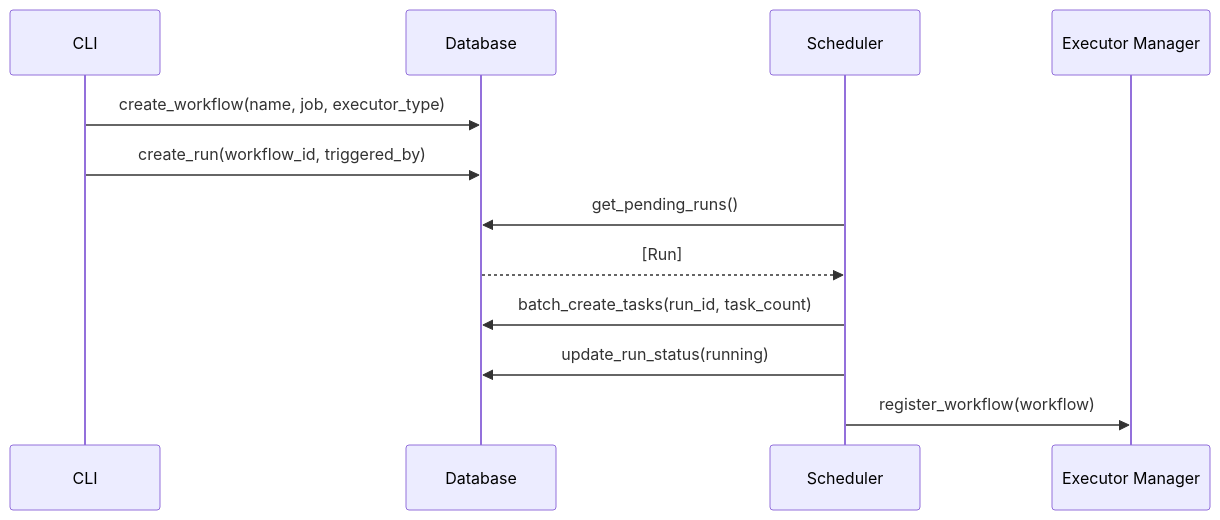
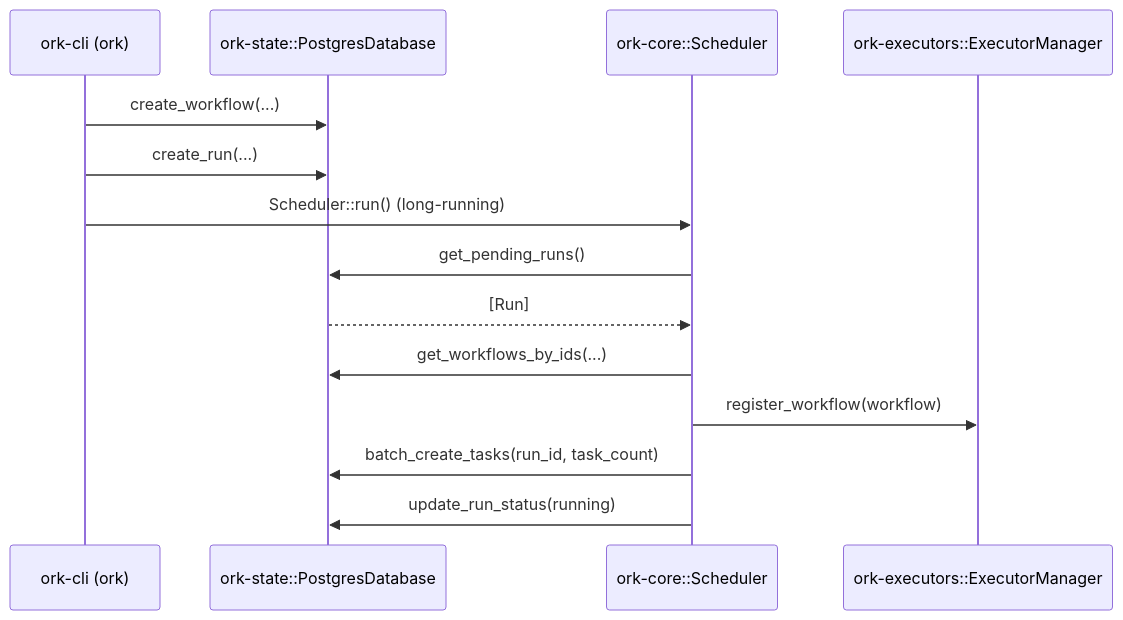
One commit to gajop/ork changed the second of 3 diagrams in docs/dev/architecture.md. Above: the diagram before and after it, drawn with Mermaid. The commit also changed other lines of this file and 19 other files, not shown here.

Commit message:
docs: refresh architecture/spec/crate docs and add docs check script

````diff
--- a/docs/dev/architecture.md
+++ b/docs/dev/architecture.md
@@ -58,16 +63,18 @@
 ```mermaid
 sequenceDiagram
-    participant CLI
-    participant DB as Database
-    participant Scheduler
-    participant ExecMgr as Executor Manager
+    participant OrkCLI as ork-cli (ork)
+    participant DB as ork-state::PostgresDatabase
+    participant Scheduler as ork-core::Scheduler
+    participant ExecMgr as ork-executors::ExecutorManager
 
-    CLI->>DB: create_workflow(name, job, executor_type)
-    CLI->>DB: create_run(workflow_id, triggered_by)
+    OrkCLI->>DB: create_workflow(...)
+    OrkCLI->>DB: create_run(...)
+    OrkCLI->>Scheduler: Scheduler::run() (long-running)
 
     Scheduler->>DB: get_pending_runs()
     DB-->>Scheduler: [Run]
+    Scheduler->>DB: get_workflows_by_ids(...)
+    Scheduler->>ExecMgr: register_workflow(workflow)
     Scheduler->>DB: batch_create_tasks(run_id, task_count)
     Scheduler->>DB: update_run_status(running)
-    Scheduler->>ExecMgr: register_workflow(workflow)
 ```
````
